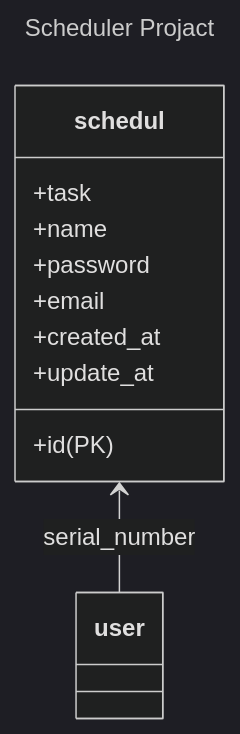
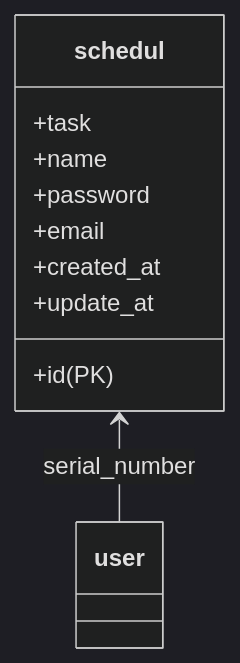
The diagram in README.md (junseok708/cata_1), drawn with Mermaid (dark theme) before and after one commit.

Commit message:
리드미 수정

````diff
--- a/README.md
+++ b/README.md
@@ -101,16 +101,13 @@
 ```mermaid
----
-title : "Scheduler Projact"
----
 classDiagram
     schedul <-- user: serial_number
     class schedul {
         +id(PK)
         +task
         +name
         +password
         +email
         +created_at
         +update_at
     }
 ```
````
